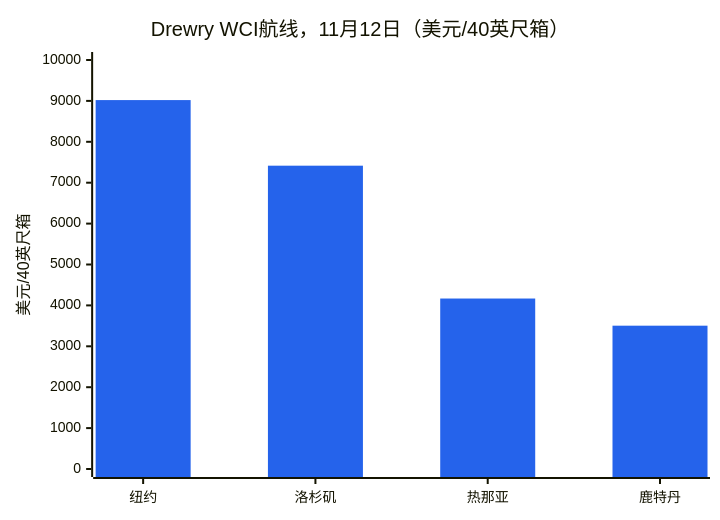
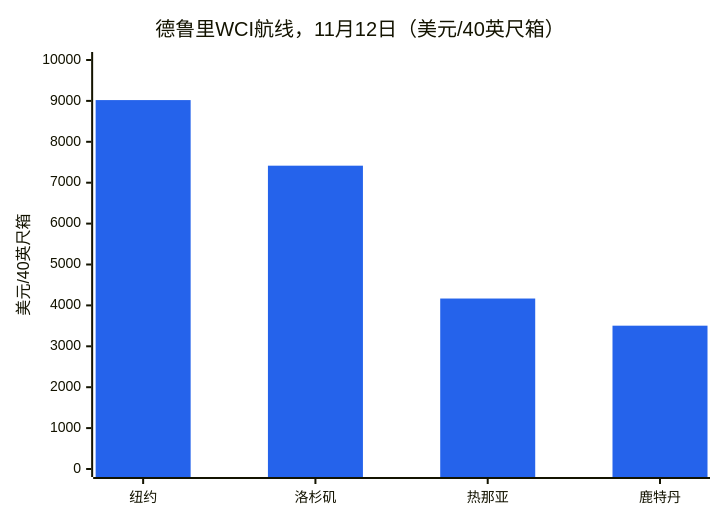
The seventh of 13 diagrams in Global-Trade-Intelligence-weekly-2026-11-16/index.zh.md (dureach/research), drawn with Mermaid before and after one commit. The commit also changed other lines of this file and 5 other files, not shown here.

````diff
--- a/Global-Trade-Intelligence-weekly-2026-11-16/index.zh.md
+++ b/Global-Trade-Intelligence-weekly-2026-11-16/index.zh.md
@@ -470,8 +470,8 @@
 ```mermaid
 %%{init: {'theme': 'base', 'themeVariables': {'xyChart': {'plotColorPalette': '#2563eb'}}}}%%
 xychart-beta
-    title "Drewry WCI航线，11月12日（美元/40英尺箱）"
+    title "德鲁里WCI航线，11月12日（美元/40英尺箱）"
     x-axis ["纽约", "洛杉矶", "热那亚", "鹿特丹"]
     y-axis "美元/40英尺箱" 0 --> 10000
     bar [9020, 7416, 4168, 3504]
 ```
````
